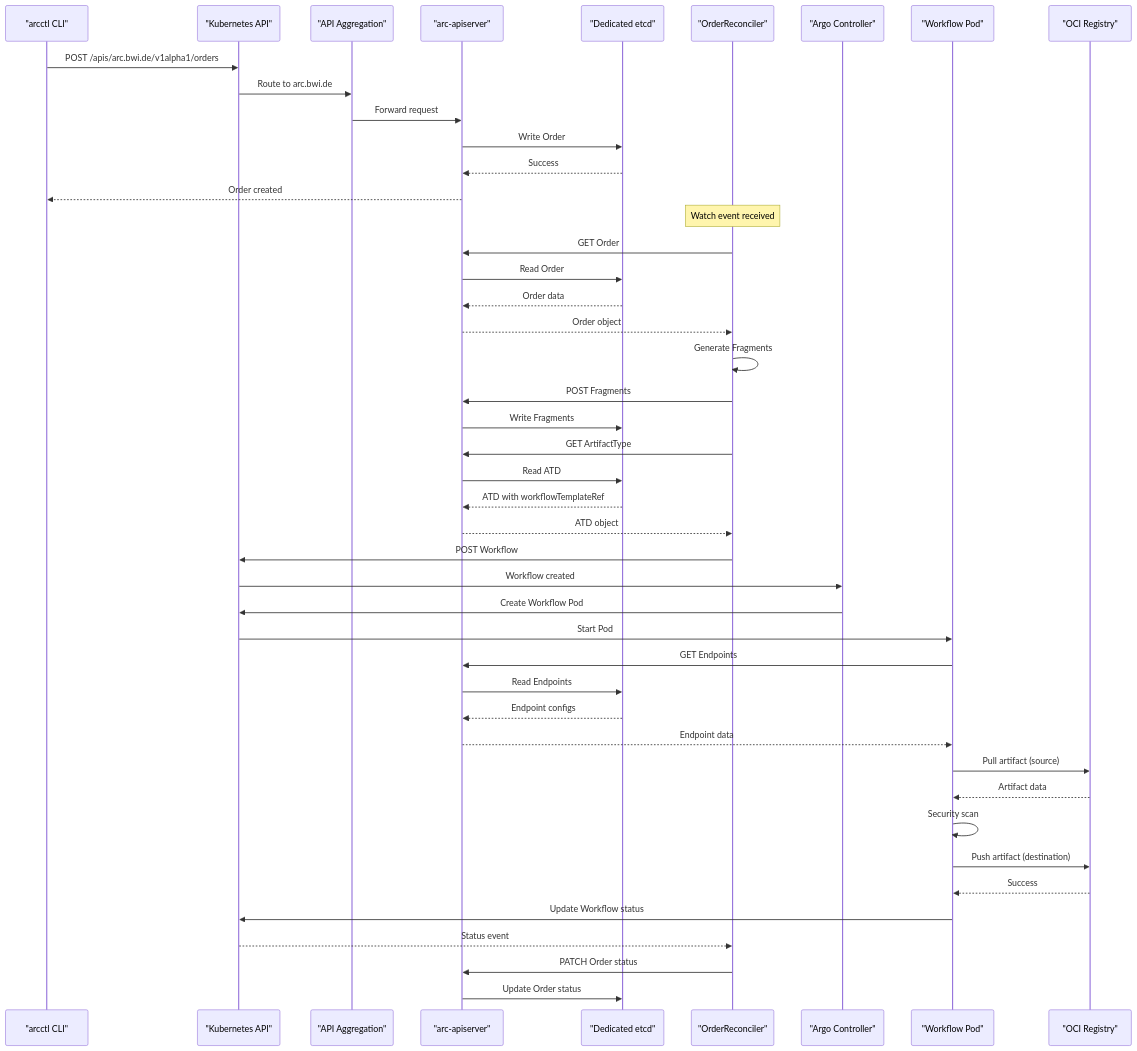
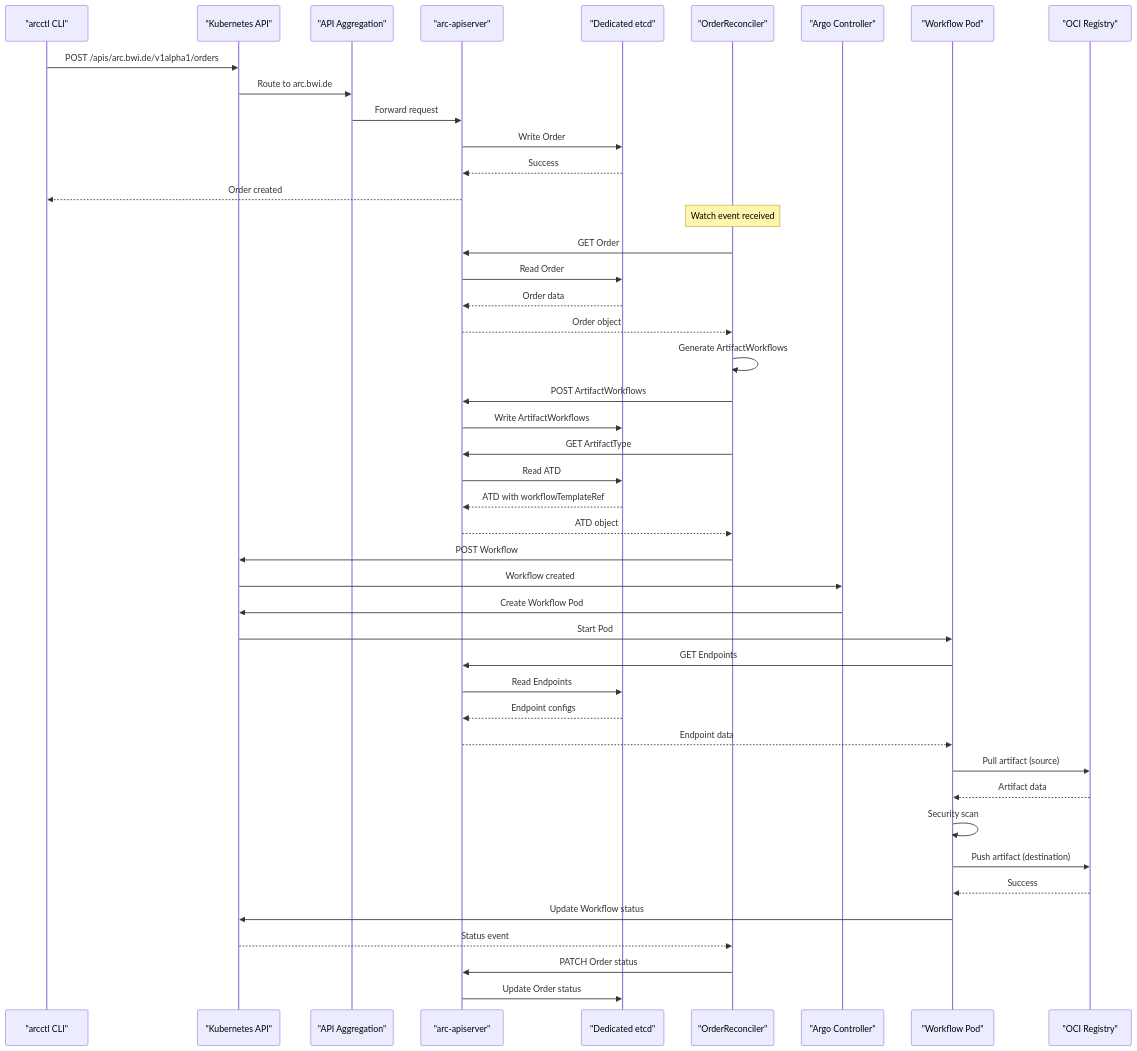
Before and after one commit to opendefensecloud/artifact-conduit: the seventh of 7 diagrams in docs/user-guide/core-concepts.md, drawn with Mermaid. The commit also changed other lines of this file and 53 other files, not shown here.

````diff
--- a/docs/user-guide/core-concepts.md
+++ b/docs/user-guide/core-concepts.md
@@ -428,61 +428,61 @@
 ```mermaid
 sequenceDiagram
     participant CLI as "arcctl CLI"
     participant K8sAPI as "Kubernetes API"
     participant APIAgg as "API Aggregation"
     participant ARCAPI as "arc-apiserver"
     participant etcd as "Dedicated etcd"
     participant Ctrl as "OrderReconciler"
     participant Argo as "Argo Controller"
     participant Worker as "Workflow Pod"
     participant Registry as "OCI Registry"
     
     CLI->>K8sAPI: POST /apis/arc.bwi.de/v1alpha1/orders
     K8sAPI->>APIAgg: Route to arc.bwi.de
     APIAgg->>ARCAPI: Forward request
     ARCAPI->>etcd: Write Order
     etcd-->>ARCAPI: Success
     ARCAPI-->>CLI: Order created
     
     Note over Ctrl: Watch event received
     
     Ctrl->>ARCAPI: GET Order
     ARCAPI->>etcd: Read Order
     etcd-->>ARCAPI: Order data
     ARCAPI-->>Ctrl: Order object
     
-    Ctrl->>Ctrl: Generate Fragments
+    Ctrl->>Ctrl: Generate ArtifactWorkflows
     
-    Ctrl->>ARCAPI: POST Fragments
-    ARCAPI->>etcd: Write Fragments
+    Ctrl->>ARCAPI: POST ArtifactWorkflows
+    ARCAPI->>etcd: Write ArtifactWorkflows
     
     Ctrl->>ARCAPI: GET ArtifactType
     ARCAPI->>etcd: Read ATD
     etcd-->>ARCAPI: ATD with workflowTemplateRef
     ARCAPI-->>Ctrl: ATD object
     
     Ctrl->>K8sAPI: POST Workflow
     K8sAPI->>Argo: Workflow created
     
     Argo->>K8sAPI: Create Workflow Pod
     K8sAPI->>Worker: Start Pod
     
     Worker->>ARCAPI: GET Endpoints
     ARCAPI->>etcd: Read Endpoints
     etcd-->>ARCAPI: Endpoint configs
     ARCAPI-->>Worker: Endpoint data
     
     Worker->>Registry: Pull artifact (source)
     Registry-->>Worker: Artifact data
     
     Worker->>Worker: Security scan
     
     Worker->>Registry: Push artifact (destination)
     Registry-->>Worker: Success
     
     Worker->>K8sAPI: Update Workflow status
     K8sAPI-->>Ctrl: Status event
     
     Ctrl->>ARCAPI: PATCH Order status
     ARCAPI->>etcd: Update Order status
 ```
````
